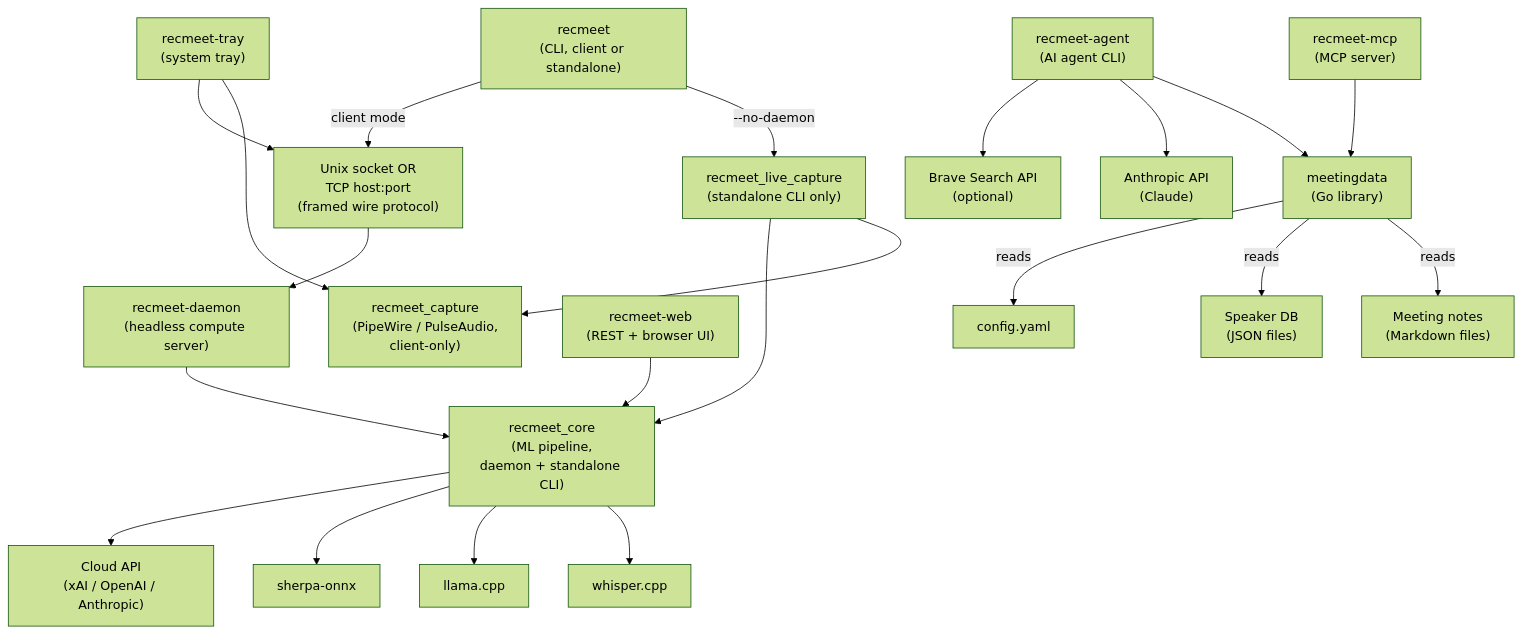
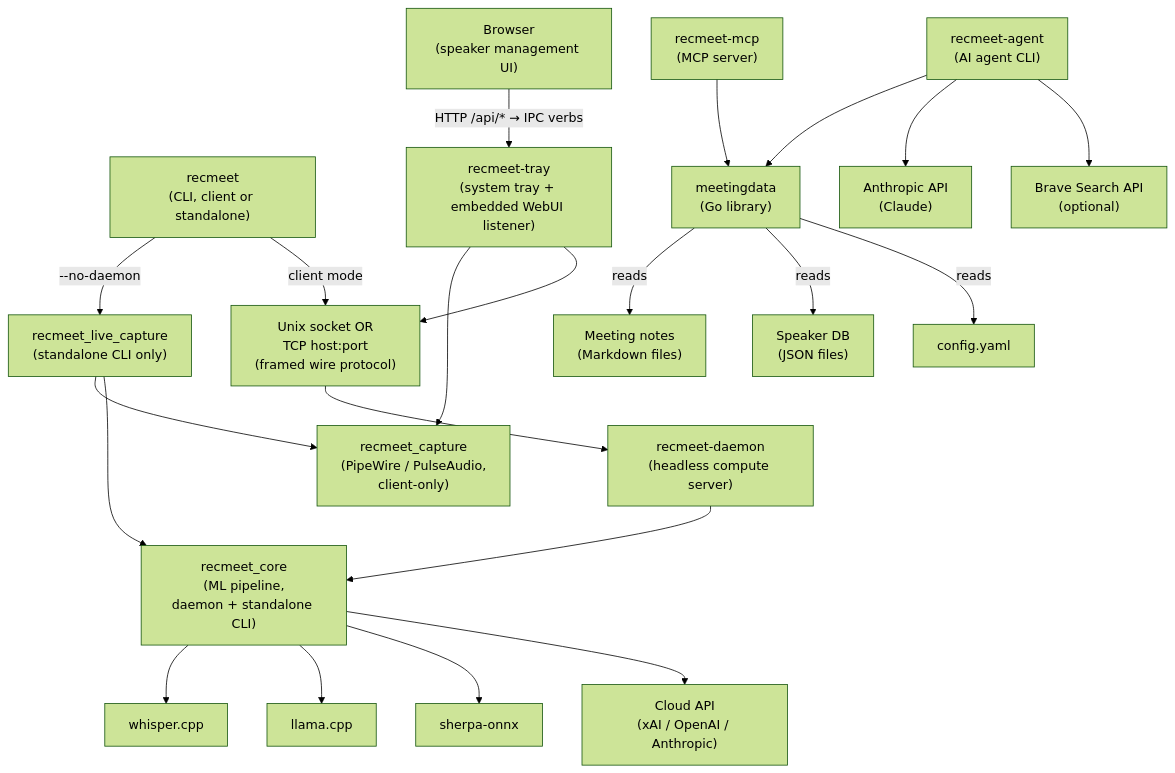
The first of 18 diagrams in docs/ARCHITECTURE.md (suykerbuyk/recmeet), drawn with Mermaid (forest theme) before and after one commit. The commit also changed other lines of this file and 19 other files, not shown here.

````diff
--- a/docs/ARCHITECTURE.md
+++ b/docs/ARCHITECTURE.md
@@ -11,37 +11,37 @@
 ```mermaid
 graph TD
     CLI["recmeet<br/>(CLI, client or standalone)"]
-    TRAY["recmeet-tray<br/>(system tray)"]
+    TRAY["recmeet-tray<br/>(system tray + embedded WebUI listener)"]
     DAEMON["recmeet-daemon<br/>(headless compute server)"]
     LISTEN["Unix socket OR<br/>TCP host:port<br/>(framed wire protocol)"]
     CAPTURE["recmeet_capture<br/>(PipeWire / PulseAudio,<br/>client-only)"]
     CORE["recmeet_core<br/>(ML pipeline,<br/>daemon + standalone CLI)"]
     LIVECAP["recmeet_live_capture<br/>(standalone CLI only)"]
     MCP["recmeet-mcp<br/>(MCP server)"]
     AGENT["recmeet-agent<br/>(AI agent CLI)"]
-    WEB["recmeet-web<br/>(REST + browser UI)"]
+    BROWSER["Browser<br/>(speaker management UI)"]
     MDATA["meetingdata<br/>(Go library)"]
 
     TRAY --> CAPTURE
     TRAY --> LISTEN
+    BROWSER -->|"HTTP /api/* → IPC verbs"| TRAY
     CLI -->|--no-daemon| LIVECAP
     LIVECAP --> CAPTURE
     LIVECAP --> CORE
     CLI -->|client mode| LISTEN
     LISTEN --> DAEMON
     DAEMON --> CORE
 
     CORE --> WHISPER["whisper.cpp"]
     CORE --> LLAMA["llama.cpp"]
     CORE --> SHERPA["sherpa-onnx"]
     CORE --> API["Cloud API<br/>(xAI / OpenAI / Anthropic)"]
 
-    WEB --> CORE
     MCP --> MDATA
     AGENT --> MDATA
     AGENT --> CLAUDE["Anthropic API<br/>(Claude)"]
     AGENT --> BRAVE["Brave Search API<br/>(optional)"]
     MDATA -->|reads| NOTES["Meeting notes<br/>(Markdown files)"]
     MDATA -->|reads| SPKDB["Speaker DB<br/>(JSON files)"]
     MDATA -->|reads| CFG["config.yaml"]
 ```
````
